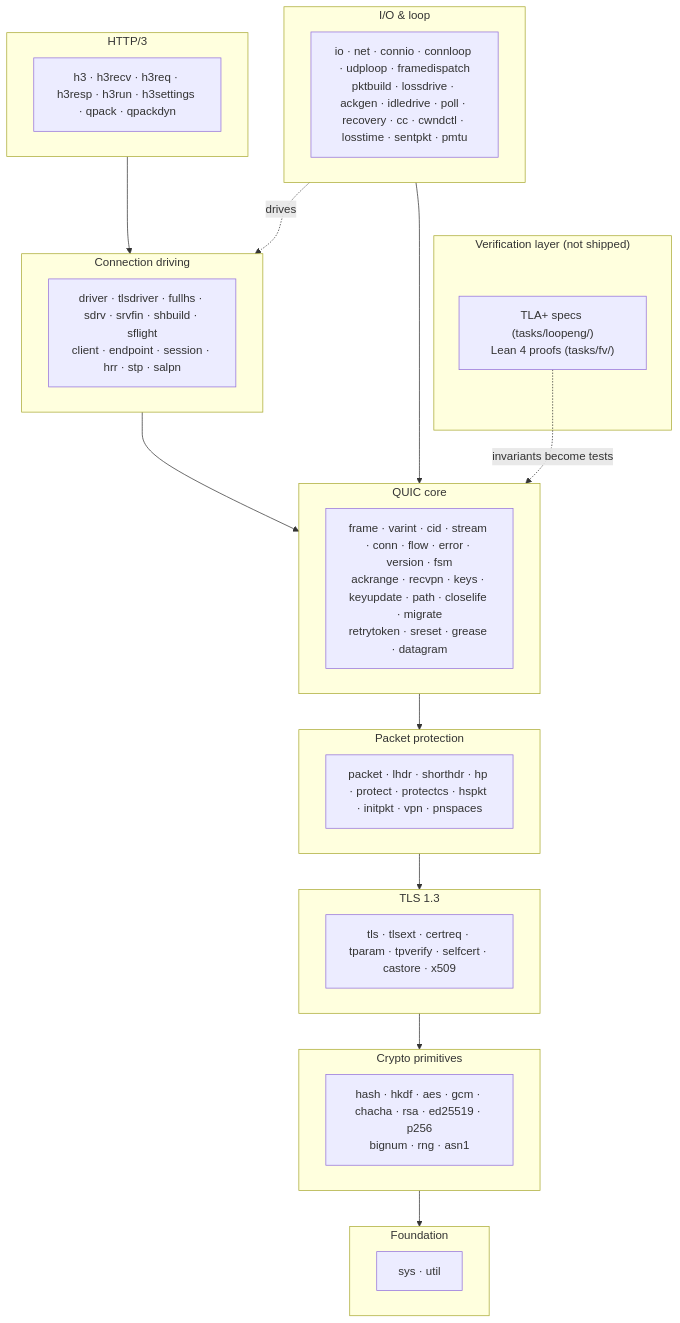
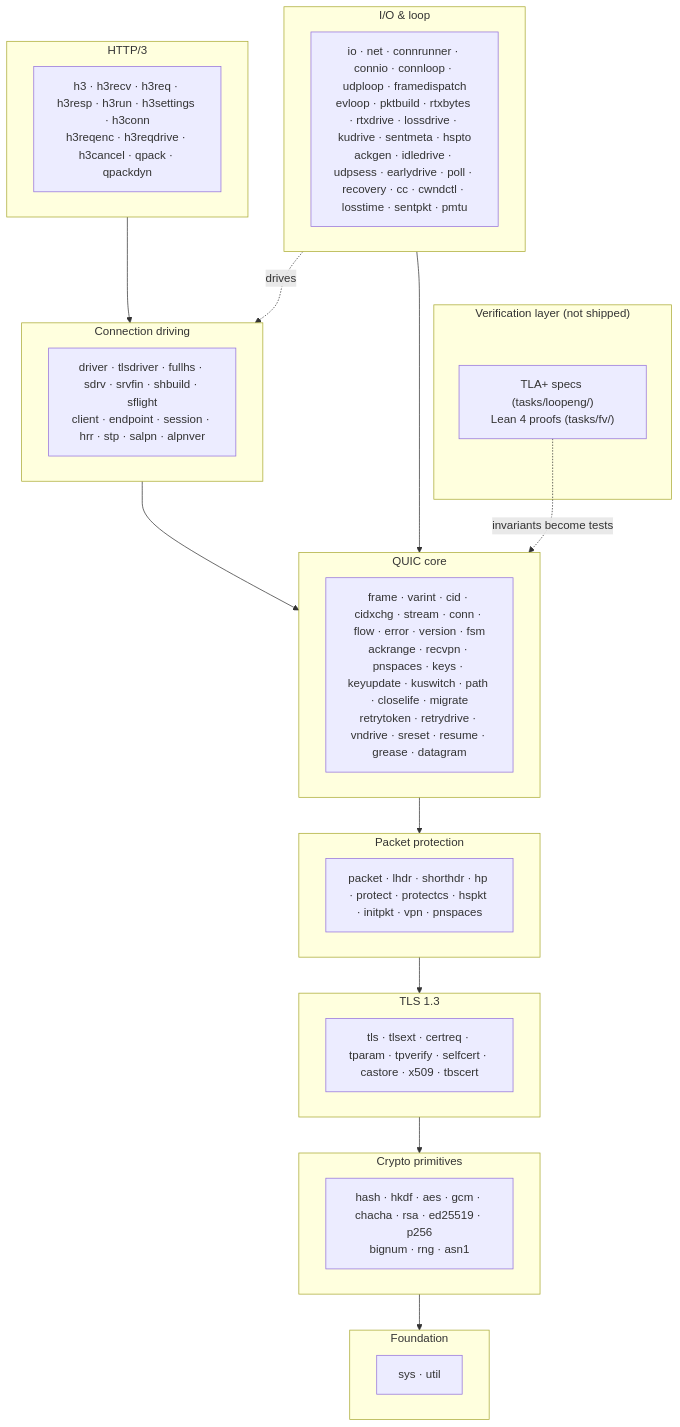
One commit to Hakkadaikon/quic_vibe changed the first of 4 diagrams in docs/development.md. Above: the diagram before and after it, drawn with Mermaid. The commit also changed other lines of this file and 2 other files, not shown here.

````diff
--- a/docs/development.md
+++ b/docs/development.md
@@ -31,37 +31,37 @@
 ```mermaid
 flowchart TB
     subgraph H3["HTTP/3"]
-        h3["h3 · h3recv · h3req · h3resp · h3run · h3settings · qpack · qpackdyn"]
+        h3["h3 · h3recv · h3req · h3resp · h3run · h3settings · h3conn<br/>h3reqenc · h3reqdrive · h3cancel · qpack · qpackdyn"]
     end
     subgraph DRV["Connection driving"]
-        drv["driver · tlsdriver · fullhs · sdrv · srvfin · shbuild · sflight<br/>client · endpoint · session · hrr · stp · salpn"]
+        drv["driver · tlsdriver · fullhs · sdrv · srvfin · shbuild · sflight<br/>client · endpoint · session · hrr · stp · salpn · alpnver"]
     end
     subgraph CORE["QUIC core"]
-        core["frame · varint · cid · stream · conn · flow · error · version · fsm<br/>ackrange · recvpn · keys · keyupdate · path · closelife · migrate<br/>retrytoken · sreset · grease · datagram"]
+        core["frame · varint · cid · cidxchg · stream · conn · flow · error · version · fsm<br/>ackrange · recvpn · pnspaces · keys · keyupdate · kuswitch · path · closelife · migrate<br/>retrytoken · retrydrive · vndrive · sreset · resume · grease · datagram"]
     end
     subgraph PKT["Packet protection"]
         pkt["packet · lhdr · shorthdr · hp · protect · protectcs · hspkt · initpkt · vpn · pnspaces"]
     end
     subgraph TLS["TLS 1.3"]
-        tls["tls · tlsext · certreq · tparam · tpverify · selfcert · castore · x509"]
+        tls["tls · tlsext · certreq · tparam · tpverify · selfcert · castore · x509 · tbscert"]
     end
     subgraph CRYPTO["Crypto primitives"]
         crypto["hash · hkdf · aes · gcm · chacha · rsa · ed25519 · p256<br/>bignum · rng · asn1"]
     end
     subgraph BASE["Foundation"]
         base["sys · util"]
     end
 
     H3 --> DRV --> CORE --> PKT --> TLS --> CRYPTO --> BASE
 
     subgraph IO["I/O & loop"]
-        io["io · net · connio · connloop · udploop · framedispatch<br/>pktbuild · lossdrive · ackgen · idledrive · poll · recovery · cc · cwndctl · losstime · sentpkt · pmtu"]
+        io["io · net · connrunner · connio · connloop · udploop · framedispatch<br/>evloop · pktbuild · rtxbytes · rtxdrive · lossdrive · kudrive · sentmeta · hspto<br/>ackgen · idledrive · udpsess · earlydrive · poll · recovery · cc · cwndctl · losstime · sentpkt · pmtu"]
     end
     IO --> CORE
     IO -.drives.-> DRV
 
     subgraph VERIFY["Verification layer (not shipped)"]
         verify["TLA+ specs (tasks/loopeng/)<br/>Lean 4 proofs (tasks/fv/)"]
     end
     verify -. invariants become tests .-> CORE
 ```
````
